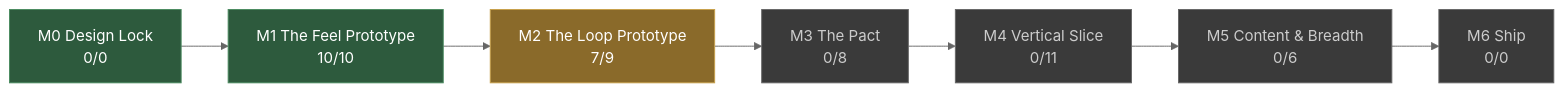
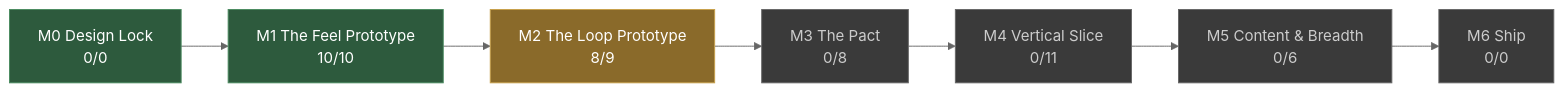
Before and after one commit to JoshuaGessner/she: the diagram in docs/STATUS.md, drawn with Mermaid (neutral theme). The commit also changed other lines of this file and 13 other files, not shown here.

````diff
--- a/docs/STATUS.md
+++ b/docs/STATUS.md
@@ -13,19 +13,19 @@
 ```mermaid
 flowchart LR
   M0["M0 Design Lock<br/>0/0"]:::passed
   M1["M1 The Feel Prototype<br/>10/10"]:::passed
   M0 --> M1
-  M2["M2 The Loop Prototype<br/>7/9"]:::current
+  M2["M2 The Loop Prototype<br/>8/9"]:::current
   M1 --> M2
   M3["M3 The Pact<br/>0/8"]:::ahead
   M2 --> M3
   M4["M4 Vertical Slice<br/>0/11"]:::ahead
   M3 --> M4
   M5["M5 Content & Breadth<br/>0/6"]:::ahead
   M4 --> M5
   M6["M6 Ship<br/>0/0"]:::ahead
   M5 --> M6
   classDef passed fill:#2d5a3d,stroke:#4a8a5f,color:#fff
   classDef current fill:#8a6a2a,stroke:#c8a04a,color:#fff
   classDef ahead fill:#3a3a3a,stroke:#666,color:#ccc
 ```
````
